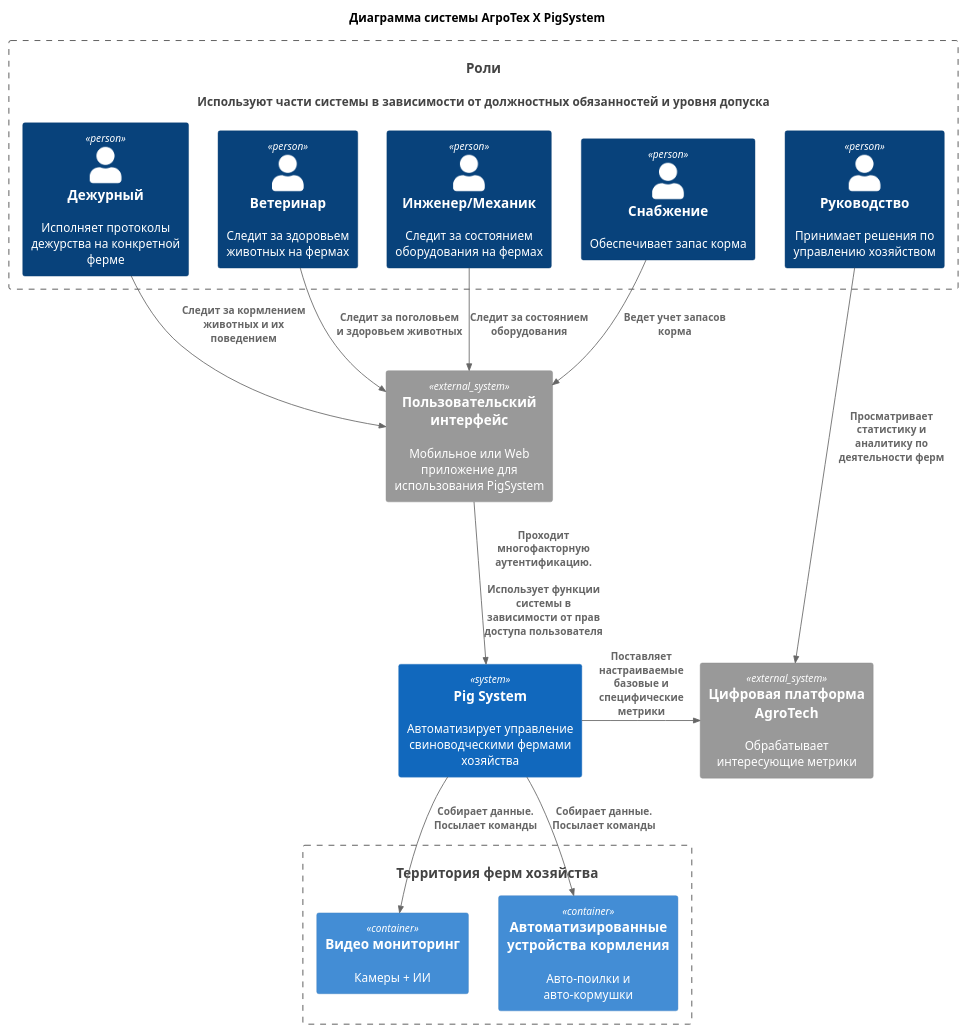
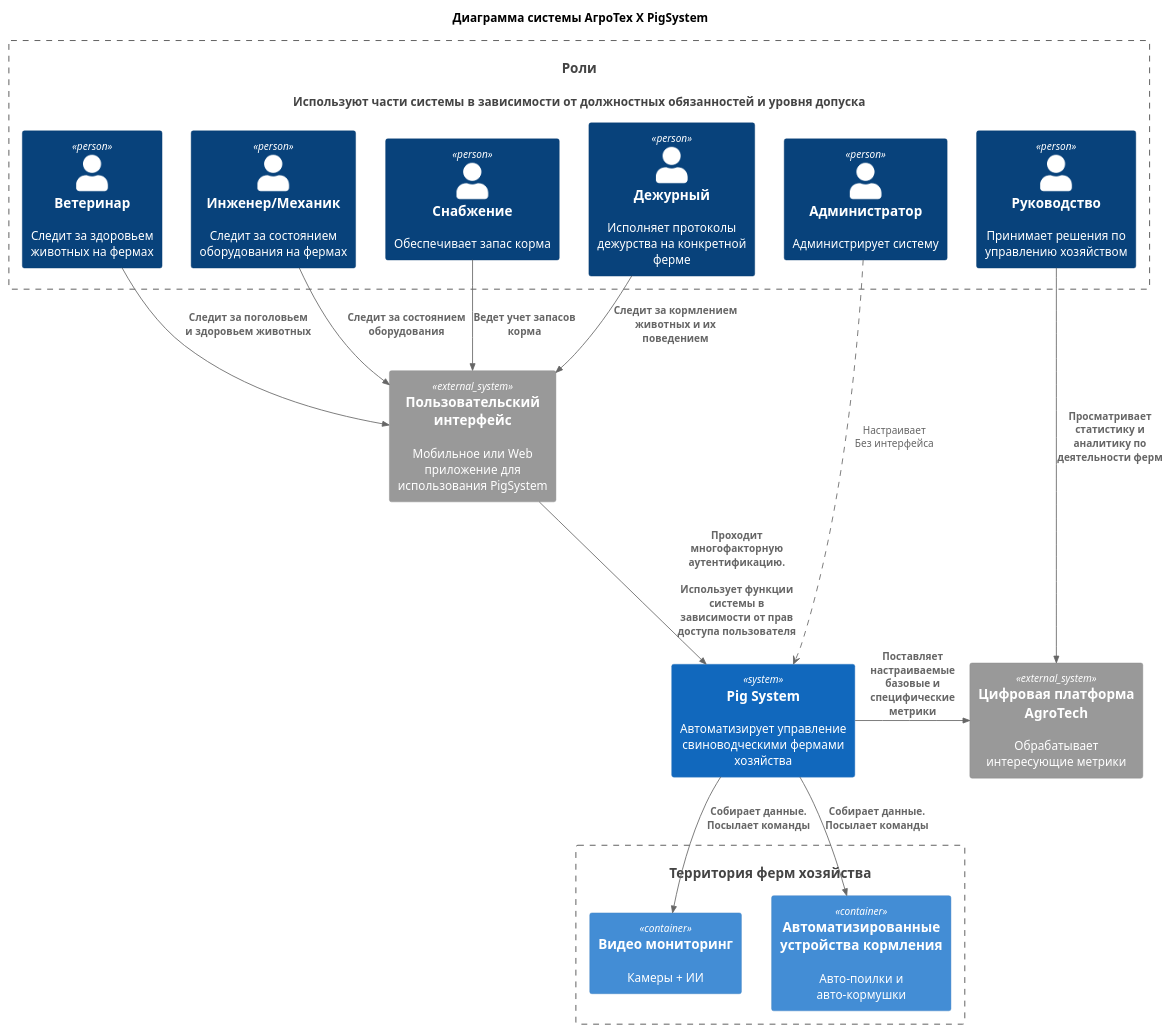
One commit to ane-ta/ms-agrotech changed the diagram in Task1/Context - main.puml. Above: the diagram before and after it, drawn with PlantUML.

Commit message:
docs: C1Main - Administrator added

```diff
--- a/Task1/Context - main.puml
+++ b/Task1/Context - main.puml
@@ -1,47 +1,51 @@
 @startuml
 title Диаграмма системы АгроТех Х PigSystem
 
 !includeurl https://raw.githubusercontent.com/RicardoNiepel/C4-PlantUML/master/C4_Component.puml
 
 'using entities
 System(users, "Роли", "Используют части системы в зависимости от должностных обязанностей и уровня допуска")
 Container_Boundary(users, "Пользователи и роли"){
 
     Person(userDir, "Руководство", "Принимает решения по управлению хозяйством")
     Person(userOnDuty, "Дежурный", "Исполняет протоколы дежурства на конкретной ферме")
     Person(userVet, "Ветеринар", "Следит за здоровьем животных на фермах")
     Person(userMech, "Инженер/Механик", "Следит за состоянием оборудования на фермах")
     Person(userSupply, "Снабжение", "Обеспечивает запас корма")
+
+    Person(userAdmin, "Администратор", "Администрирует систему")
 }
 
 'external items
 System_Ext(appUsing, "Пользовательский интерфейс", "Mобильное или Web приложение для использования PigSystem")
 System_Ext(sysIntegrating, "Цифровая платформа AgroTech", "Обрабатывает интересующие метрики")
 
 'system itself
 System(PigFarmSystem, "Pig System", "Автоматизирует управление свиноводческими фермами хозяйства")
  
  'items in use
  System(farms, "Территория ферм хозяйства", "")
  Container_Boundary(farms, ""){
     Container(video, "Видео мониторинг", "", "Камеры + ИИ")
     Container(feeding, "Автоматизированные устройства кормления", "", "Авто-поилки и авто-кормушки")
  }
 
 
 'using relations
 Rel_Down(userDir, sysIntegrating, "Просматривает статистику и аналитику по деятельности ферм")
 Rel_Down(userOnDuty, appUsing, "Следит за кормлением животных и их поведением")
 Rel_Down(userVet, appUsing, "Следит за поголовьем и здоровьем животных")
 Rel_Down(userMech, appUsing, "Следит за состоянием оборудования")
 Rel_Down(userSupply, appUsing, "Ведет учет запасов корма")
 
 Rel_Down(appUsing,PigFarmSystem,"Проходит многофакторную аутентификацию.\n\nИспользует функции системы в зависимости от прав доступа пользователя")
 
 Rel_Right(PigFarmSystem, sysIntegrating, "Поставляет настраиваемые базовые и специфические метрики")
 
 'in use relations
 Rel_Down(PigFarmSystem, video,"Собирает данные. Посылает команды")
 Rel_Down(PigFarmSystem, feeding,"Собирает данные. Посылает команды")
 
+userAdmin ..> PigFarmSystem : "Настраивает\nБез интерфейса"
+
 @enduml
```
